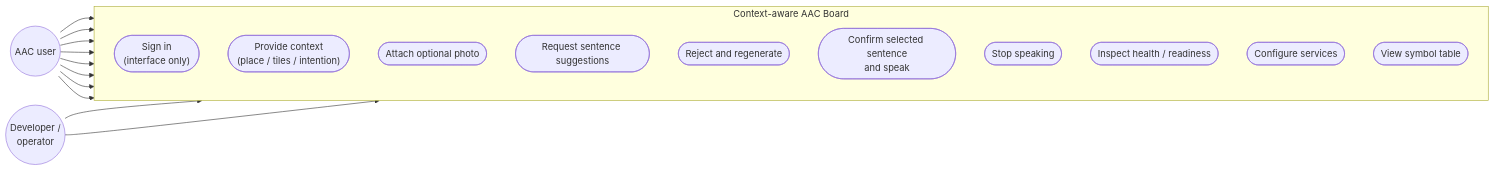
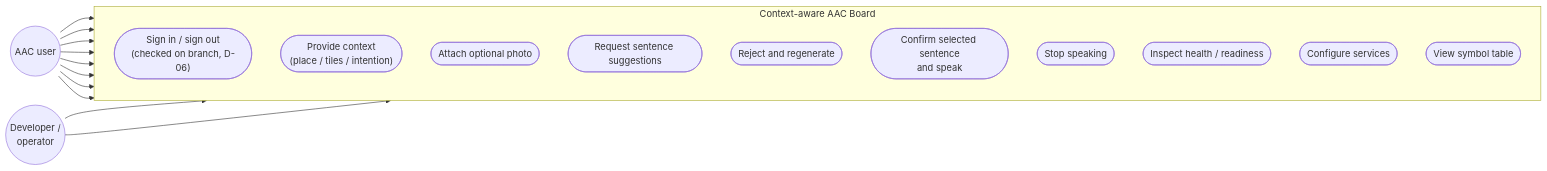
One commit to bhsei/26B changed the second of 27 diagrams in docs/design/SAD_v0.4.md. Above: the diagram before and after it, drawn with Mermaid. The commit also changed other lines of this file, not shown here.

Commit message:
W11 - SAD v0.4; authentication of refactor-backend shown dashed after team review (Figures 2, 8, 14, 15, 17, Table 11, D-06), ERD with users, auth_sessions and user_id of migration 0002

````diff
--- a/docs/design/SAD_v0.4.md
+++ b/docs/design/SAD_v0.4.md
@@ -397,28 +397,28 @@
 ```mermaid
 flowchart LR
     USER(("AAC user"))
     OPS(("Developer /<br/>operator"))
     subgraph SYS["Context-aware AAC Board"]
         direction TB
-        UC0(["Sign in<br/>(interface only)"])
+        UC0(["Sign in / sign out<br/>(checked on branch, D-06)"])
         UC1(["Provide context<br/>(place / tiles / intention)"])
         UC2(["Attach optional photo"])
         UC3(["Request sentence suggestions"])
         UC4(["Reject and regenerate"])
         UC5(["Confirm selected sentence<br/>and speak"])
         UC6(["Stop speaking"])
         UC7(["Inspect health / readiness"])
         UC8(["Configure services"])
         UC9(["View symbol table"])
     end
     USER --> UC0
     USER --> UC1
     USER --> UC9
     USER --> UC2
     USER --> UC3
     USER --> UC4
     USER --> UC5
     USER --> UC6
     OPS --> UC7
     OPS --> UC8
 ```
````
